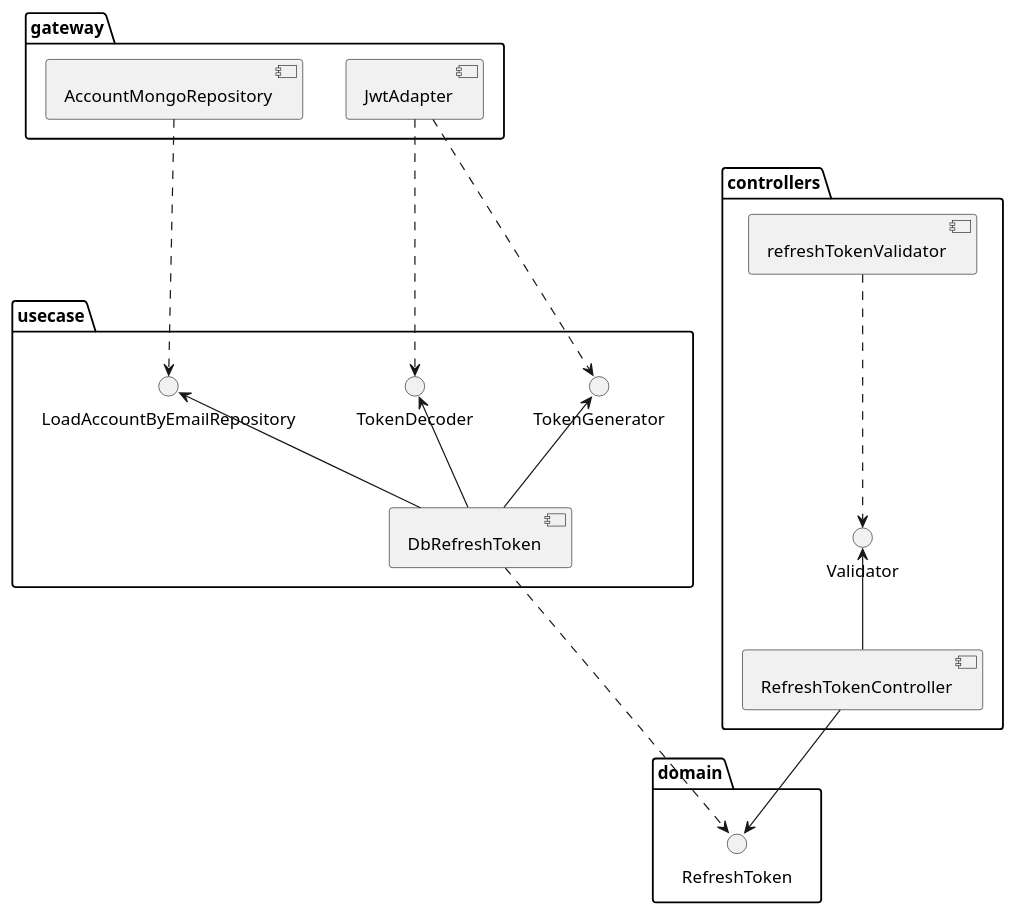
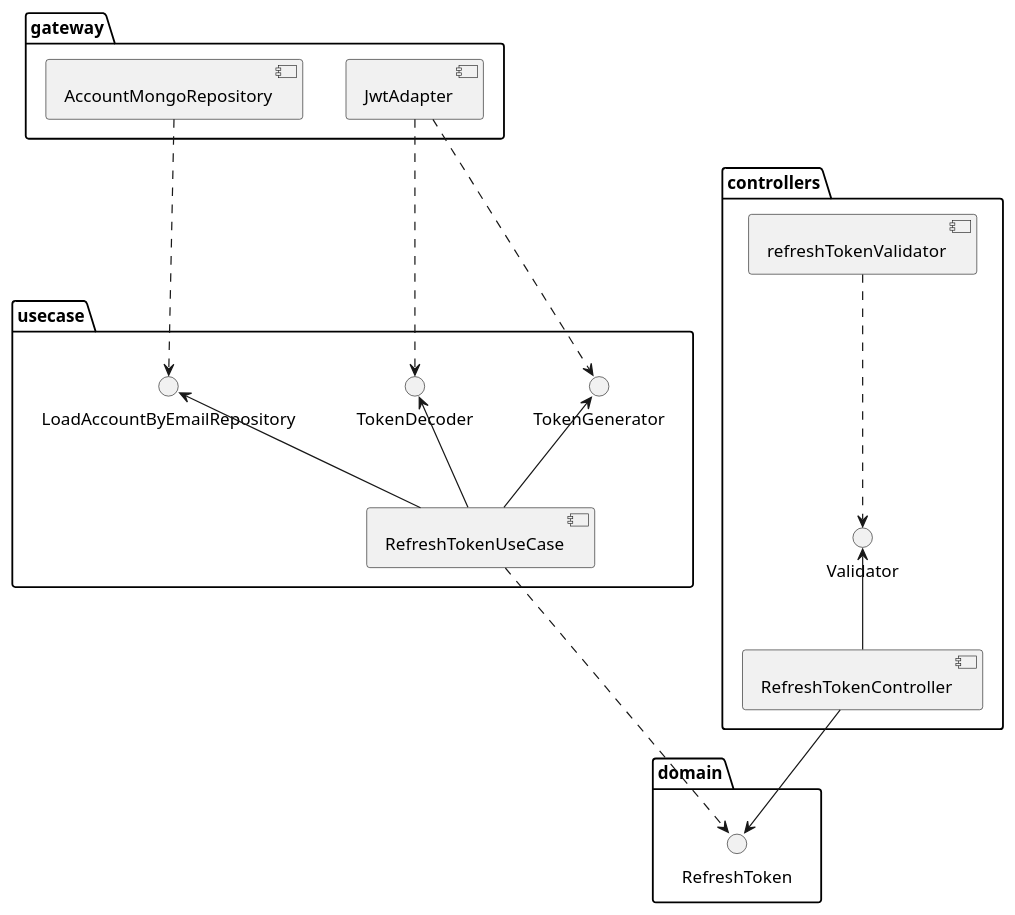
One commit to pcandido/ms-account changed the diagram in docs/refresh-token.puml. Above: the diagram before and after it, drawn with PlantUML. The commit also changed 16 other files, not shown here.

```diff
--- a/docs/refresh-token.puml
+++ b/docs/refresh-token.puml
@@ -1,29 +1,29 @@
 @startuml "refresh-token"
 
 package controllers {
     [RefreshTokenController] -up-> () Validator
     [refreshTokenValidator] -.-> () Validator
 }
 
 package domain {
     () RefreshToken
 }
 
 package usecase {
-    () LoadAccountByEmailRepository <-- [DbRefreshToken]
-    () TokenDecoder <-- [DbRefreshToken]
-    () TokenGenerator <-- [DbRefreshToken]
+    () LoadAccountByEmailRepository <-- [RefreshTokenUseCase]
+    () TokenDecoder <-- [RefreshTokenUseCase]
+    () TokenGenerator <-- [RefreshTokenUseCase]
 }
 
 package gateway {
     [AccountMongoRepository]
     [JwtAdapter]
 }
 
 RefreshTokenController --> RefreshToken
-DbRefreshToken -.-> RefreshToken
+RefreshTokenUseCase -.-> RefreshToken
 AccountMongoRepository -.-> LoadAccountByEmailRepository
 JwtAdapter -.-> TokenDecoder
 JwtAdapter -.-> TokenGenerator
 
 @enduml
```
